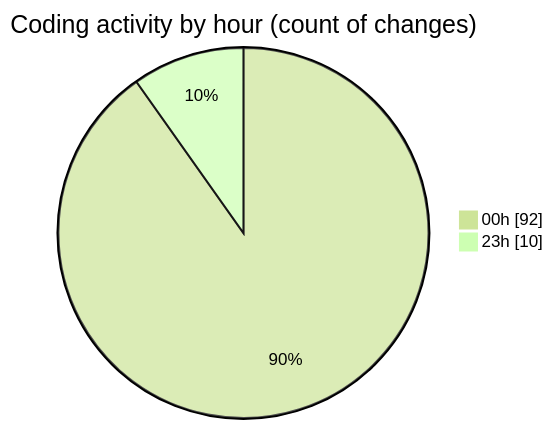
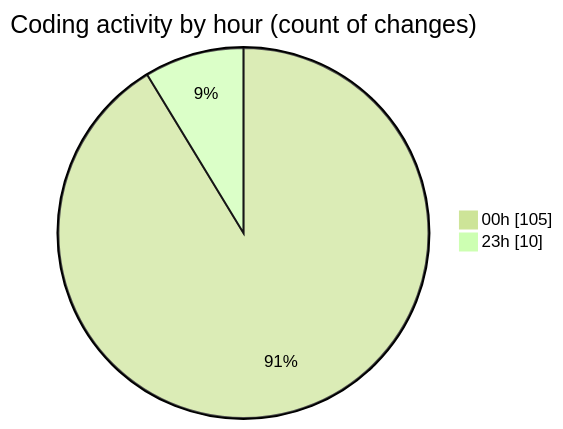
Before and after one commit to Ritupan-Deka/code-tracking: the second of 2 diagrams in 2025-07-18/mern-workoutboard/README.md, drawn with Mermaid (forest theme). The commit also changed other lines of this file and 1 other file, not shown here.

````diff
--- a/2025-07-18/mern-workoutboard/README.md
+++ b/2025-07-18/mern-workoutboard/README.md
@@ -30,6 +30,6 @@
 ```mermaid
 pie showData
 title Coding activity by hour (count of changes)
-"00h" : 92
+"00h" : 105
 "23h" : 10
 ```
````
